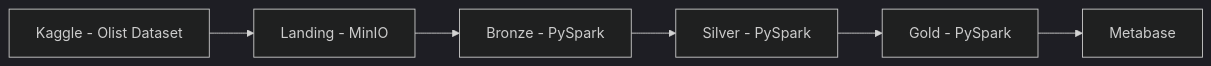
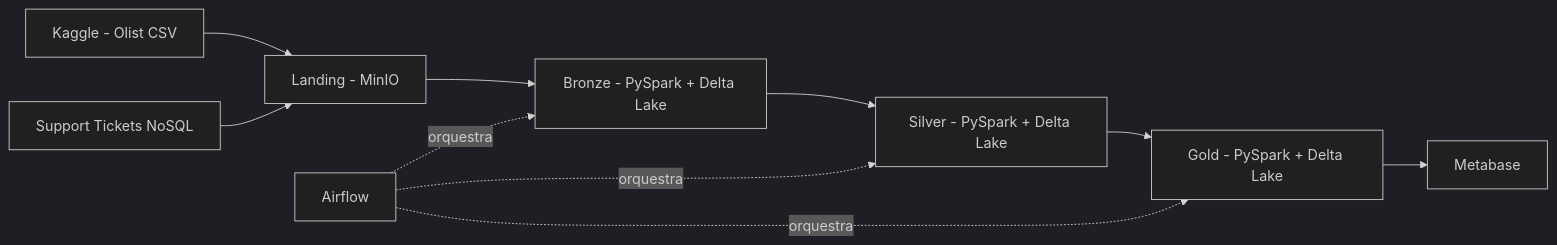
One commit to octaviodemos/projeto-final-ed changed the diagram in docs/arquitetura.md. Above: the diagram before and after it, drawn with Mermaid (dark theme). The commit also changed other lines of this file and 3 other files, not shown here.

````diff
--- a/docs/arquitetura.md
+++ b/docs/arquitetura.md
@@ -7,10 +9,15 @@
 ```mermaid
 flowchart LR
-    A[Kaggle - Olist Dataset] --> B[Landing - MinIO]
+    A1[Kaggle - Olist CSV] --> B[Landing - MinIO]
+    A2[Support Tickets NoSQL] --> B
 
-    B --> C[Bronze - PySpark]
-    C --> D[Silver - PySpark]
-    D --> E[Gold - PySpark]
+    B --> C[Bronze - PySpark + Delta Lake]
+    C --> D[Silver - PySpark + Delta Lake]
+    D --> E[Gold - PySpark + Delta Lake]
 
     E --> F[Metabase]
+
+    G[Airflow] -.->|orquestra| C
+    G -.->|orquestra| D
+    G -.->|orquestra| E
 ```
````
